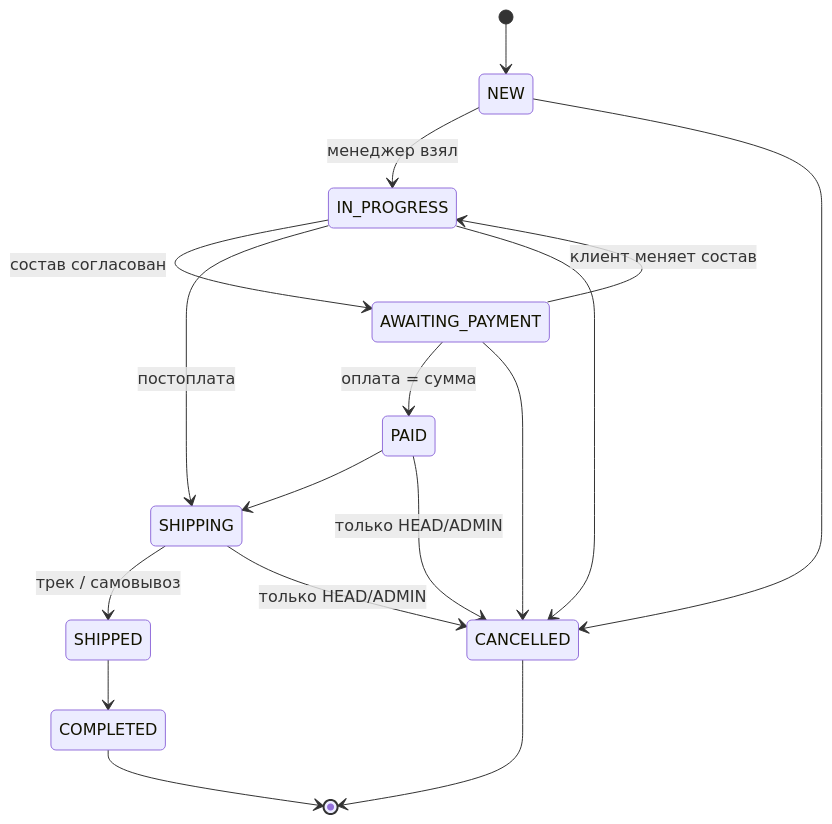
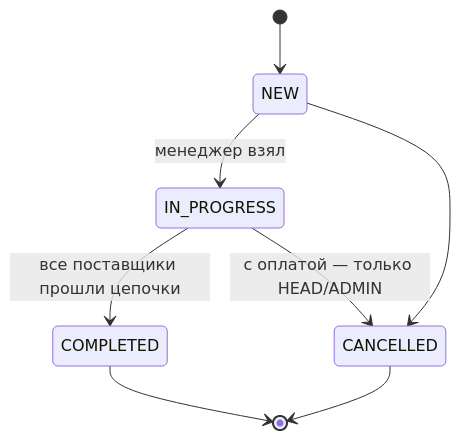
Before and after one commit to etisnow/buscom-erp: the first of 2 diagrams in docs/PRD.md, drawn with Mermaid. The commit also changed other lines of this file and 35 other files, not shown here.

````diff
--- a/docs/PRD.md
+++ b/docs/PRD.md
@@ -217,19 +216,10 @@
 ```mermaid
 stateDiagram-v2
     [*] --> NEW
     NEW --> IN_PROGRESS: менеджер взял
-    IN_PROGRESS --> AWAITING_PAYMENT: состав согласован
-    AWAITING_PAYMENT --> IN_PROGRESS: клиент меняет состав
-    AWAITING_PAYMENT --> PAID: оплата = сумма
-    IN_PROGRESS --> SHIPPING: постоплата
-    PAID --> SHIPPING
-    SHIPPING --> SHIPPED: трек / самовывоз
-    SHIPPED --> COMPLETED
+    IN_PROGRESS --> COMPLETED: все поставщики прошли цепочки
     NEW --> CANCELLED
-    IN_PROGRESS --> CANCELLED
-    AWAITING_PAYMENT --> CANCELLED
-    PAID --> CANCELLED: только HEAD/ADMIN
-    SHIPPING --> CANCELLED: только HEAD/ADMIN
+    IN_PROGRESS --> CANCELLED: с оплатой — только HEAD/ADMIN
     COMPLETED --> [*]
     CANCELLED --> [*]
 ```
````
